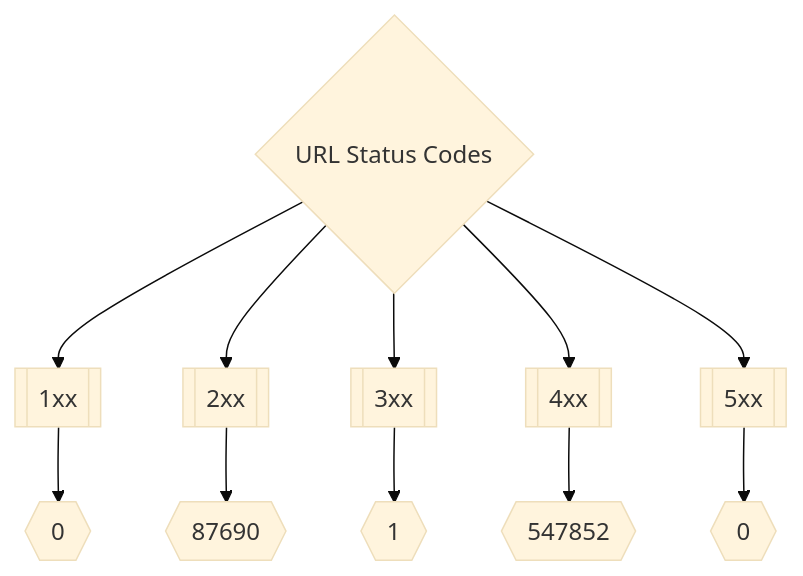
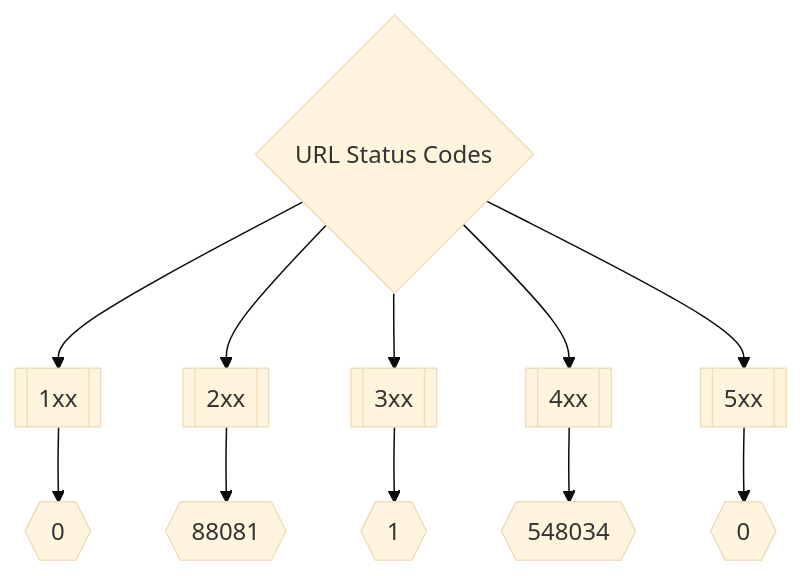
The second of 3 diagrams in README.md (trickest/inventory), drawn with Mermaid (base theme) before and after one commit. The commit also changed other lines of this file, not shown here.

Commit message:
Update README.md Mon Jun 13 16:48:31 UTC 2022

````diff
--- a/README.md
+++ b/README.md
@@ -173,8 +173,8 @@
 ```mermaid
 graph TD
 title{URL Status Codes} --> 1xx[[1xx]] --> status1xxNum{{0}}
-title --> 2xx[[2xx]] --> status2xxNum{{87690}}
+title --> 2xx[[2xx]] --> status2xxNum{{88081}}
 title --> 3xx[[3xx]] --> status3xxNum{{1}}
-title --> 4xx[[4xx]] --> status4xxNum{{547852}}
+title --> 4xx[[4xx]] --> status4xxNum{{548034}}
 title --> 5xx[[5xx]] --> status5xxNum{{0}}
 ```
````
